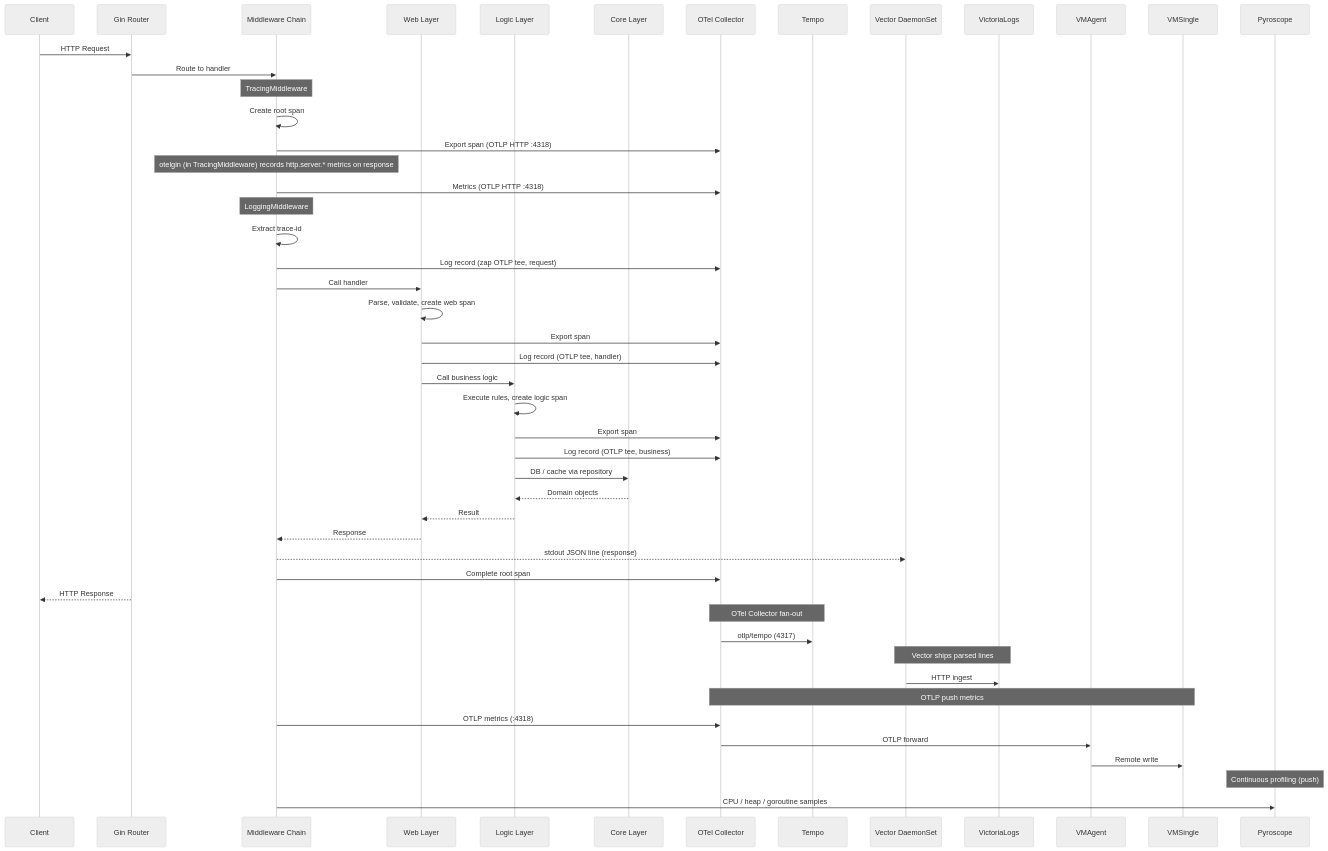
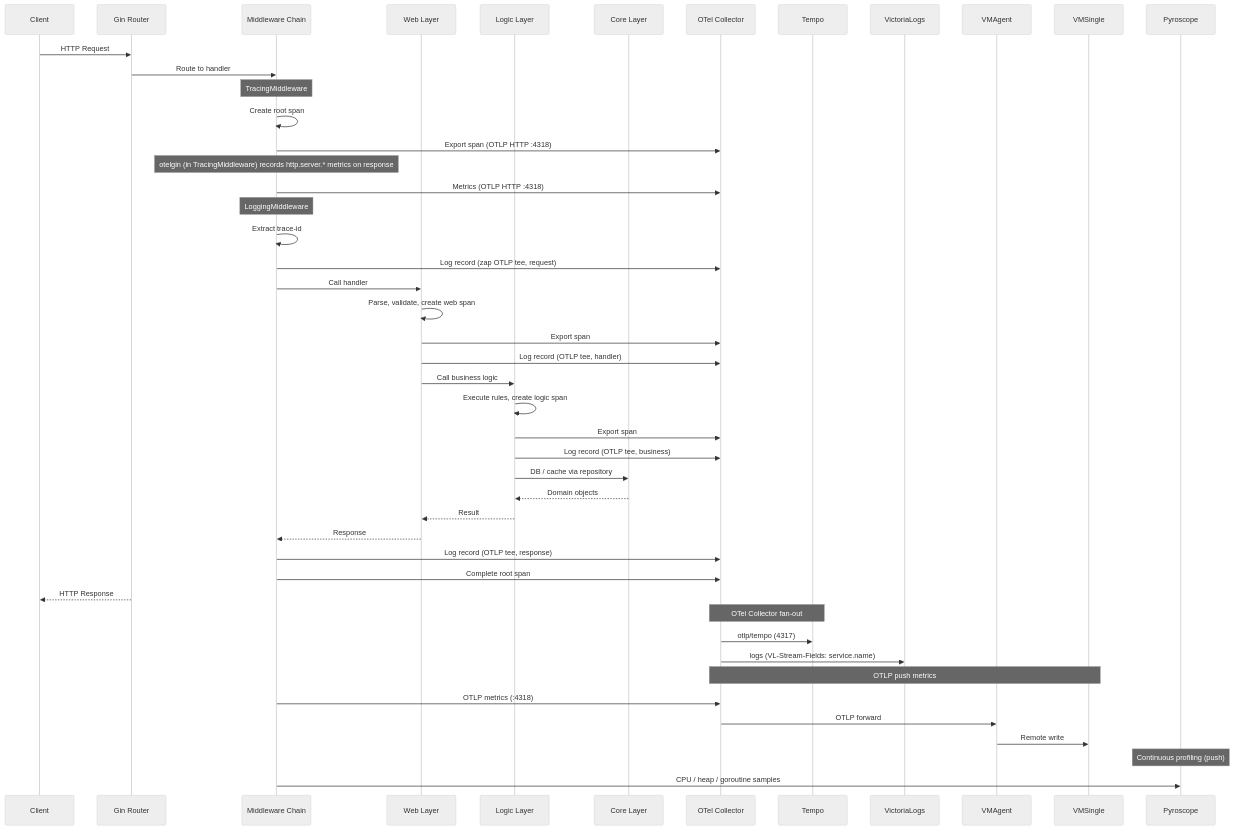
One commit to duynhlab/homelab changed the third of 5 diagrams in docs/observability/README.md. Above: the diagram before and after it, drawn with Mermaid (neutral theme). The commit also changed other lines of this file and 4 other files, not shown here.

````diff
--- a/docs/observability/README.md
+++ b/docs/observability/README.md
@@ -104,62 +120,59 @@
 ```mermaid
 sequenceDiagram
     participant Client
     participant Gin as Gin Router
     participant MW as Middleware Chain
     participant Web as Web Layer
     participant Logic as Logic Layer
     participant Core as Core Layer
     participant OTel as OTel Collector
     participant Tempo
-    participant Vector as Vector DaemonSet
     participant VLogs as VictoriaLogs
     participant VMAgent
     participant VMSingle
     participant Pyro as Pyroscope
 
     Client->>Gin: HTTP Request
     Gin->>MW: Route to handler
 
     Note over MW: TracingMiddleware
     MW->>MW: Create root span
     MW->>OTel: Export span (OTLP HTTP :4318)
 
     Note over MW: otelgin (in TracingMiddleware) records http.server.* metrics on response
     MW->>OTel: Metrics (OTLP HTTP :4318)
 
     Note over MW: LoggingMiddleware
     MW->>MW: Extract trace-id
     MW->>OTel: Log record (zap OTLP tee, request)
 
     MW->>Web: Call handler
     Web->>Web: Parse, validate, create web span
     Web->>OTel: Export span
     Web->>OTel: Log record (OTLP tee, handler)
     Web->>Logic: Call business logic
 
     Logic->>Logic: Execute rules, create logic span
     Logic->>OTel: Export span
     Logic->>OTel: Log record (OTLP tee, business)
     Logic->>Core: DB / cache via repository
     Core-->>Logic: Domain objects
 
     Logic-->>Web: Result
     Web-->>MW: Response
-    MW-->>Vector: stdout JSON line (response)
+    MW->>OTel: Log record (OTLP tee, response)
     MW->>OTel: Complete root span
     Gin-->>Client: HTTP Response
 
     Note over OTel,Tempo: OTel Collector fan-out
     OTel->>Tempo: otlp/tempo (4317)
-
-    Note over Vector,VLogs: Vector ships parsed lines
-    Vector->>VLogs: HTTP ingest
+    OTel->>VLogs: logs (VL-Stream-Fields: service.name)
 
     Note over OTel,VMSingle: OTLP push metrics
     MW->>OTel: OTLP metrics (:4318)
     OTel->>VMAgent: OTLP forward
     VMAgent->>VMSingle: Remote write
 
     Note over Pyro: Continuous profiling (push)
     MW->>Pyro: CPU / heap / goroutine samples
 ```
````
